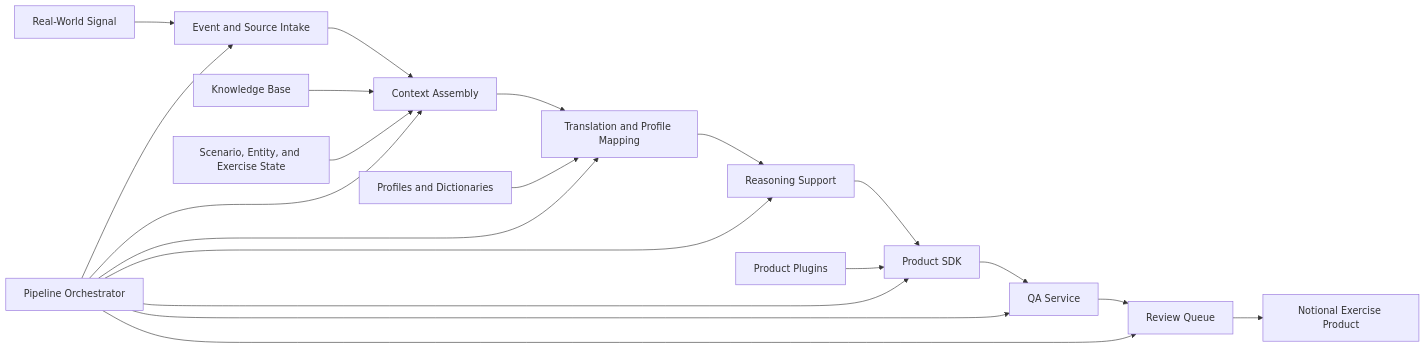
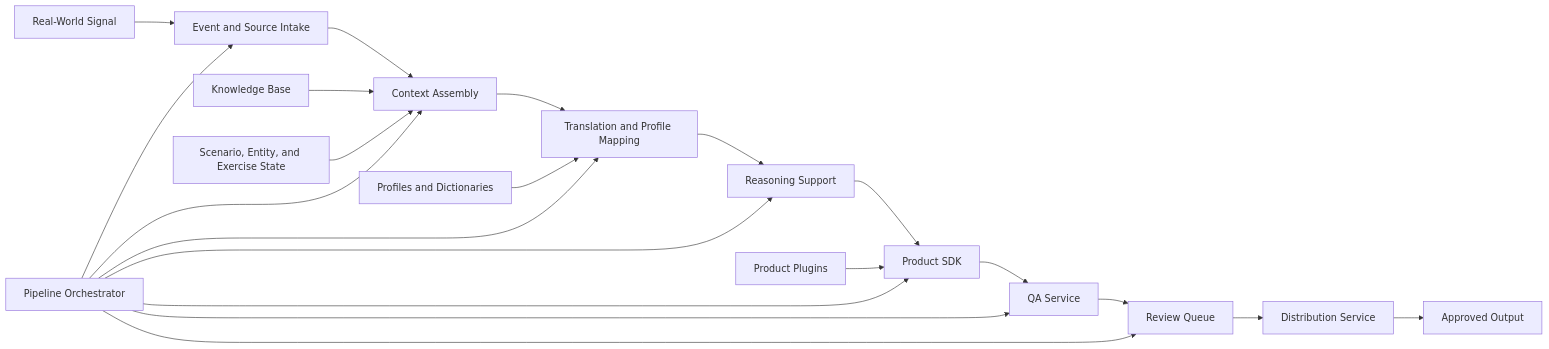
One commit to alexr080413-beep/project-forge changed the diagram in PLATFORM.md. Above: the diagram before and after it, drawn with Mermaid. The commit also changed other lines of this file and 12 other files, not shown here.

First line of the commit message:
Forge Romeo: Build Distribution Service foundation

````diff
--- a/PLATFORM.md
+++ b/PLATFORM.md
@@ -7,23 +7,24 @@
 ```mermaid
 flowchart LR
     A["Real-World Signal"] --> B["Event and Source Intake"]
     B --> C["Context Assembly"]
     C --> D["Translation and Profile Mapping"]
     D --> E["Reasoning Support"]
     E --> F["Product SDK"]
     F --> G["QA Service"]
     G --> H["Review Queue"]
-    H --> I["Notional Exercise Product"]
+    H --> I["Distribution Service"]
+    I --> O["Approved Output"]
 
     J["Knowledge Base"] --> C
     K["Scenario, Entity, and Exercise State"] --> C
     L["Profiles and Dictionaries"] --> D
     M["Product Plugins"] --> F
     N["Pipeline Orchestrator"] --> B
     N --> C
     N --> D
     N --> E
     N --> F
     N --> G
     N --> H
 ```
````
